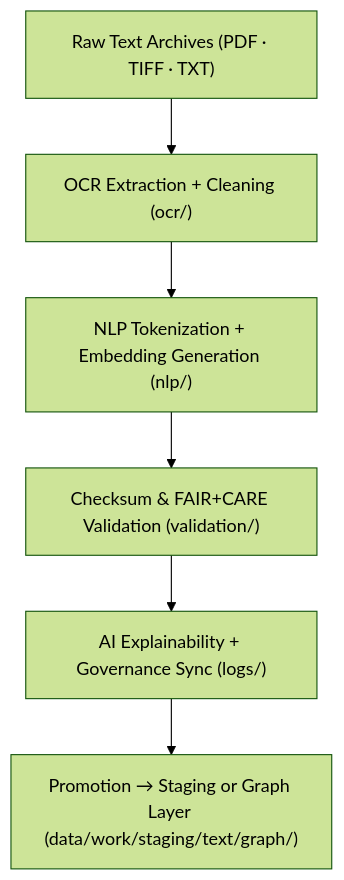
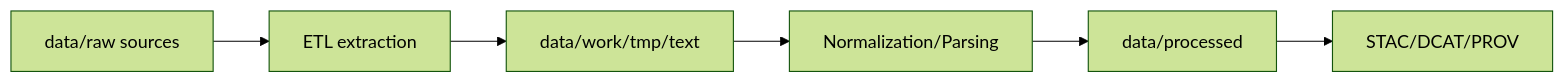
The diagram in data/work/tmp/text/README.md (bartytime4life/Kansas-Frontier-Matrix), drawn with Mermaid (forest theme) before and after one commit. The commit also changed other lines of this file, not shown here.

````diff
--- a/data/work/tmp/text/README.md
+++ b/data/work/tmp/text/README.md
@@ -83,8 +140,8 @@
-```mermaid
-flowchart TD
-    A["Raw Text Archives (PDF · TIFF · TXT)"] --> B["OCR Extraction + Cleaning (ocr/)"]
-    B --> C["NLP Tokenization + Embedding Generation (nlp/)"]
-    C --> D["Checksum & FAIR+CARE Validation (validation/)"]
-    D --> E["AI Explainability + Governance Sync (logs/)"]
-    E --> F["Promotion → Staging or Graph Layer (data/work/staging/text/graph/)"]
-```
+~~~mermaid
+flowchart LR
+  A[data/raw sources] --> B[ETL extraction]
+  B --> C[data/work/tmp/text]
+  C --> D[Normalization/Parsing]
+  D --> E[data/processed]
+  E --> F[STAC/DCAT/PROV]
+~~~
````
